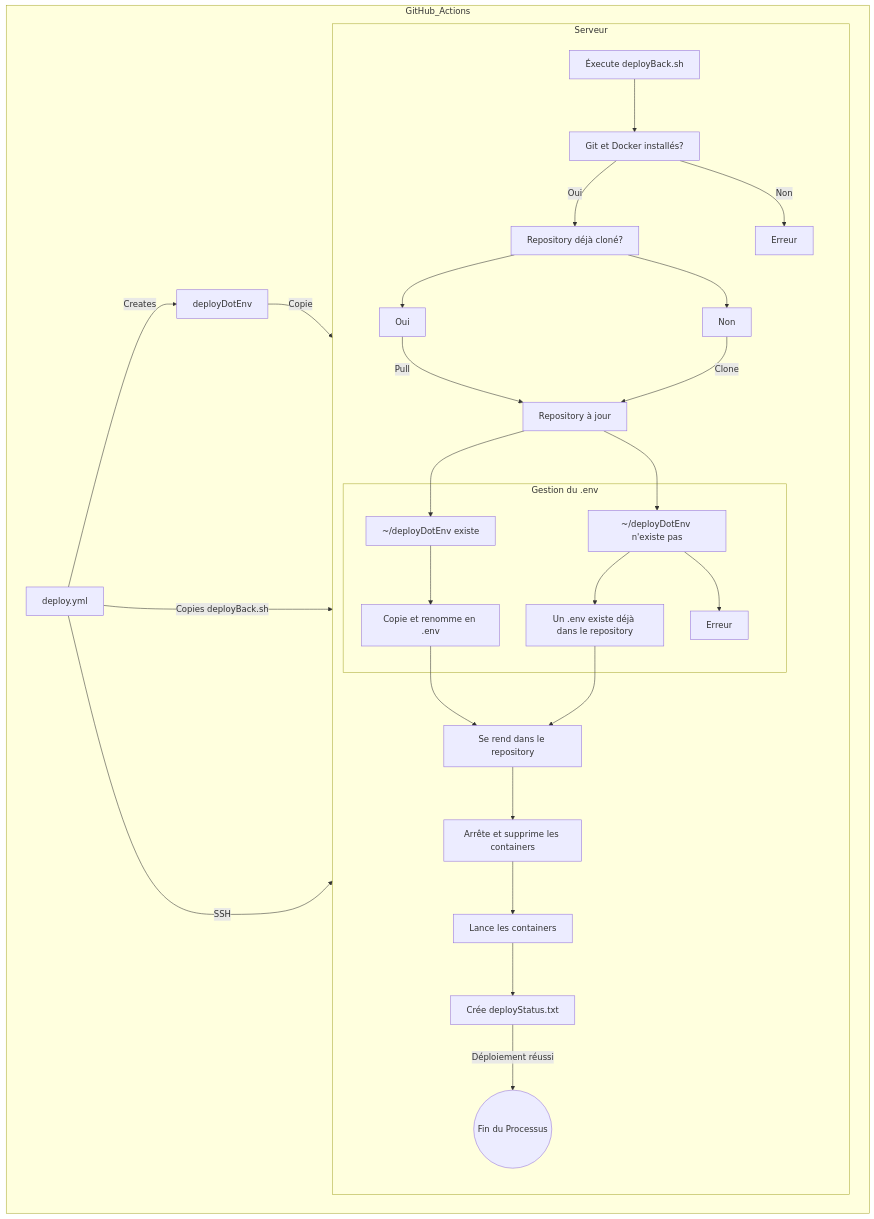
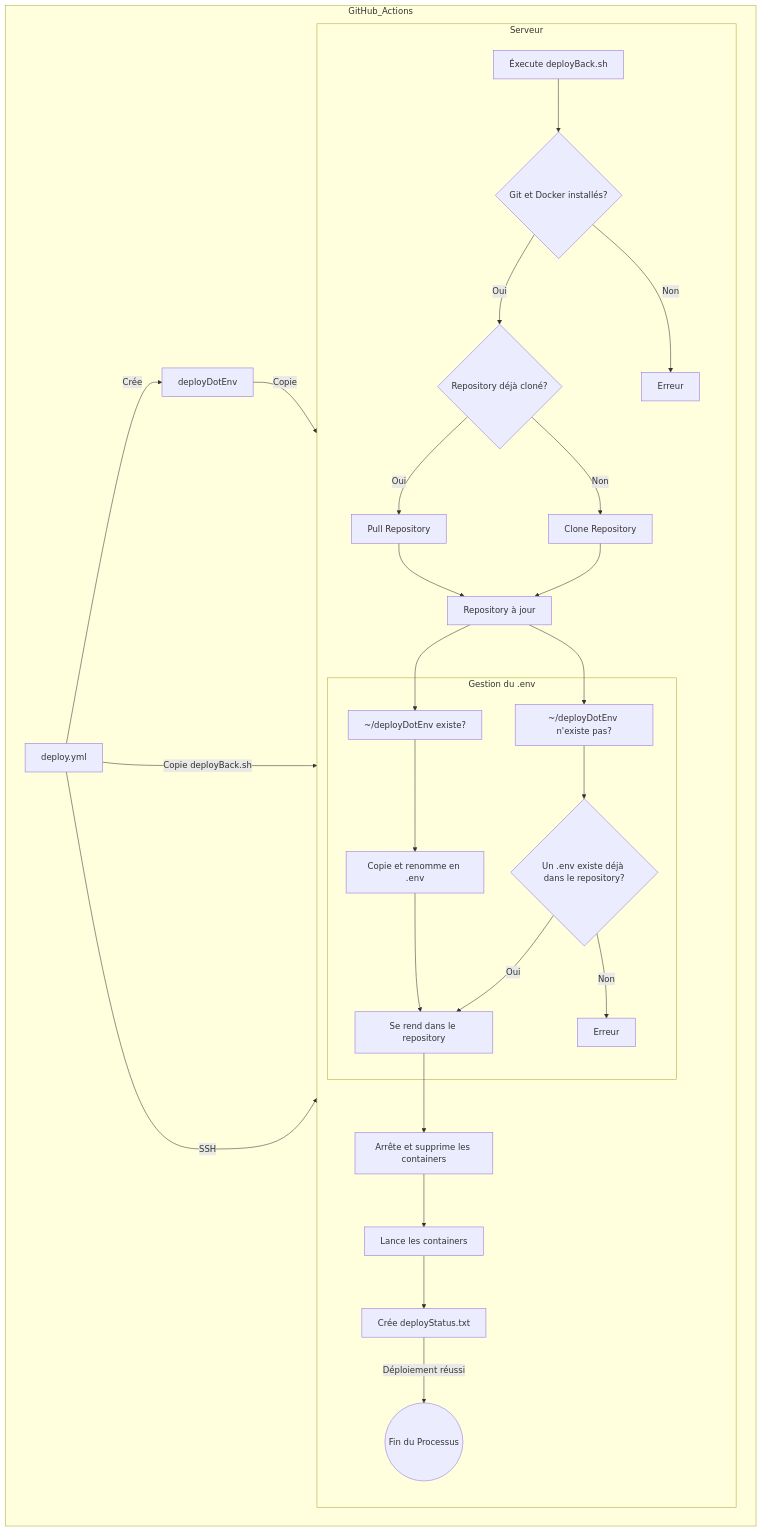
The diagram in docs/deployment/github_actions.md (Kenan-Blasius/doc-constellation-backend), drawn with Mermaid before and after one commit.

Commit message:
Automated push: 2025-02-23 14:40:24 modification to doc website

````diff
--- a/docs/deployment/github_actions.md
+++ b/docs/deployment/github_actions.md
@@ -61,34 +61,35 @@
 ```mermaid
 graph TD;
    subgraph Serveur
    direction TB
-      A[Éxecute deployBack.sh] --> B[Git et Docker installés?];
-      B -->|Oui| C[Repository déjà cloné?];
-      B -->|Non| P[Erreur];
-      C --> D[Oui];
-      C --> E[Non];
-      D -->|Pull| F;
-      E -->|Clone| F[Repository à jour];
-      F --> G[~/deployDotEnv existe];
-      F --> H[~/deployDotEnv n'existe pas];
+      A[Éxecute deployBack.sh] --> B{Git et Docker installés?};
+      B -- Oui --> C{Repository déjà cloné?};
+      B -- Non --> P[Erreur];
+      C -- Oui --> D[Pull Repository];
+      C -- Non --> E[Clone Repository];
+      D --> F[Repository à jour];
+      E --> F;
+      F --> G[~/deployDotEnv existe?];
+      F --> H[~/deployDotEnv n'existe pas?];
 
-      subgraph Gestion du .env
+      subgraph "Gestion du .env"
          G --> I[Copie et renomme en .env];
-         H --> J[Un .env existe déjà dans le repository];
-         H --> K[Erreur];
+         H --> J{Un .env existe déjà dans le repository?};
+         J -- Oui --> L[Se rend dans le repository];
+         J -- Non --> K[Erreur];
       end
 
-      J --> L[Se rend dans le repository];
       I --> L;
       L --> M[Arrête et supprime les containers];
       M --> N[Lance les containers];
       N --> O[Crée deployStatus.txt];
-      O -->|Déploiement réussi | Success((Fin du Processus));
+      O -- Déploiement réussi --> Success((Fin du Processus));
    end
+
    subgraph GitHub_Actions
-      deploy.yml -->|Creates| deployDotEnv;
-      deployDotEnv -->|Copie| Serveur;
-      deploy.yml -->|Copies deployBack.sh| Serveur;
-      deploy.yml -->|SSH| Serveur;
+      deploy.yml -- Crée --> deployDotEnv;
+      deployDotEnv -- Copie --> Serveur;
+      deploy.yml -- Copie deployBack.sh --> Serveur;
+      deploy.yml -- SSH --> Serveur;
    end
 ```
````
